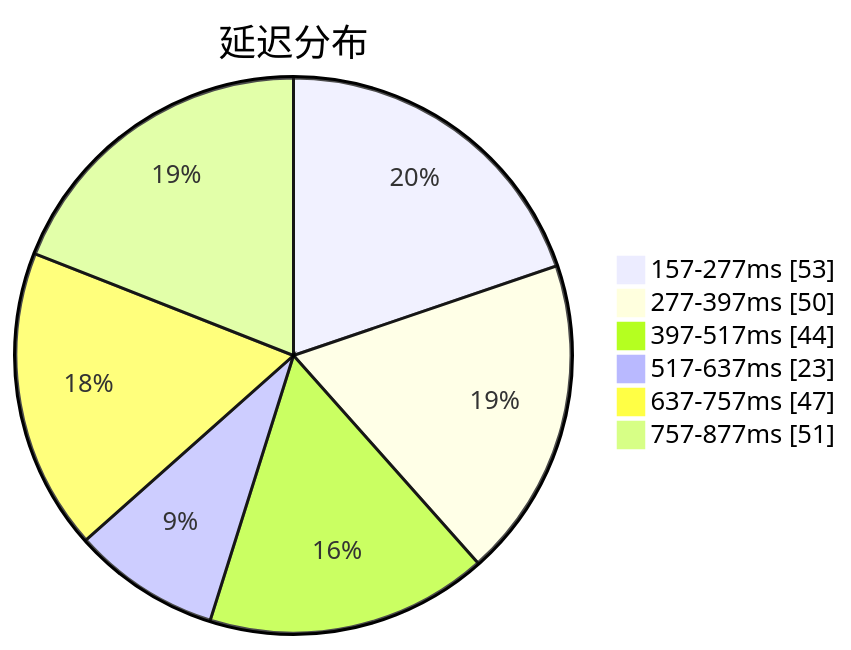
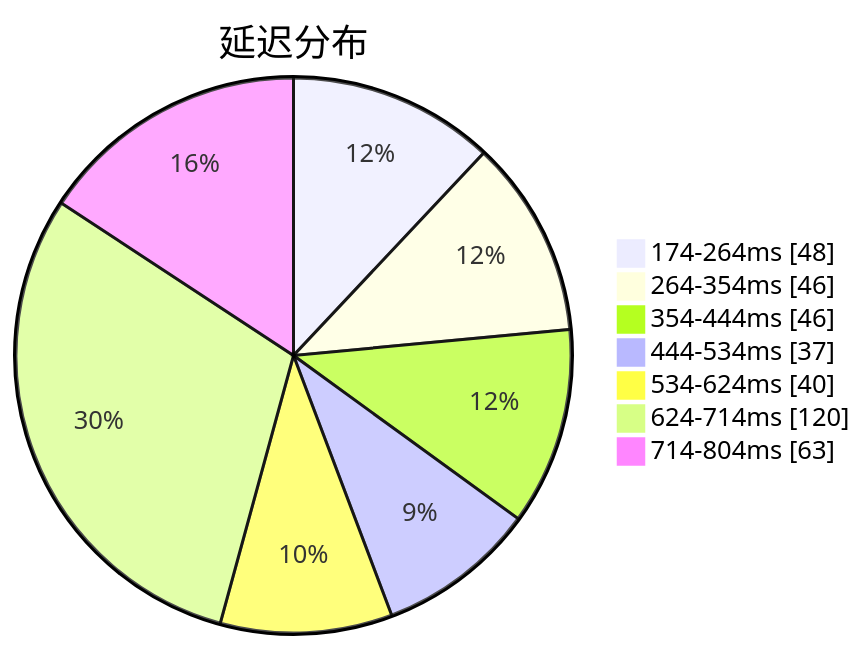
One commit to qjlxg/airport changed the first of 3 diagrams in subs/statistics/tested_within.md. Above: the diagram before and after it, drawn with Mermaid. The commit also changed other lines of this file and 2 other files, not shown here.

````diff
--- a/subs/statistics/tested_within.md
+++ b/subs/statistics/tested_within.md
@@ -2,10 +2,11 @@
 ```mermaid
 pie showData
 title 延迟分布
-"157-277ms" : 53
-"277-397ms" : 50
-"397-517ms" : 44
-"517-637ms" : 23
-"637-757ms" : 47
-"757-877ms" : 51
+"174-264ms" : 48
+"264-354ms" : 46
+"354-444ms" : 46
+"444-534ms" : 37
+"534-624ms" : 40
+"624-714ms" : 120
+"714-804ms" : 63
 ```
````
